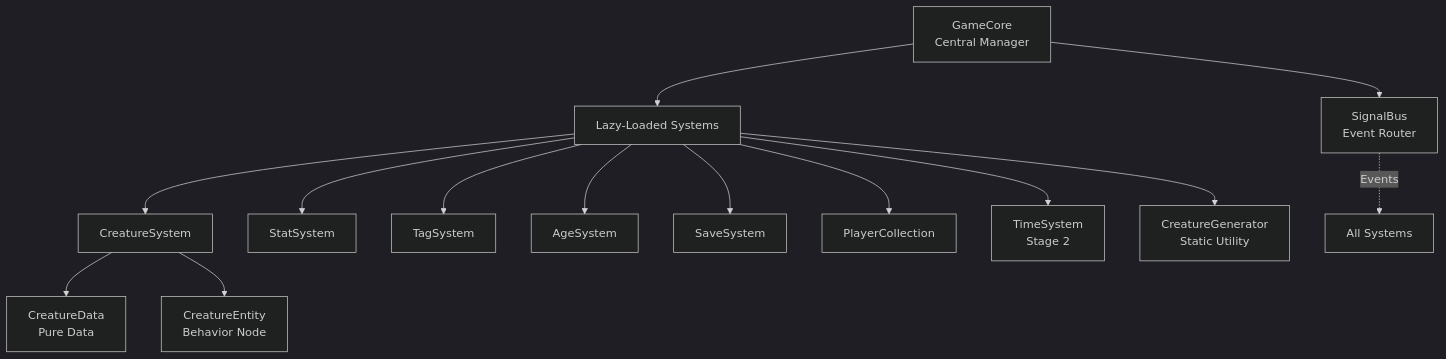
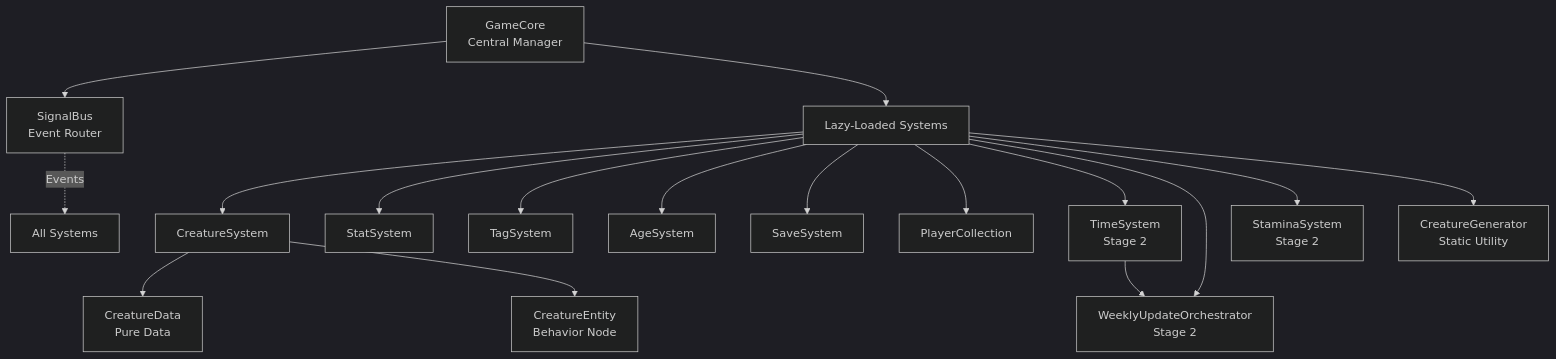
Before and after one commit to Mezzyface/ranch: the diagram in docs/development/SYSTEMS_INTEGRATION_GUIDE.md, drawn with Mermaid (dark theme). The commit also changed other lines of this file and 9 other files, not shown here.

First line of the commit message:
feat(weekly-update): implement WeeklyUpdateOrchestrator system

````diff
--- a/docs/development/SYSTEMS_INTEGRATION_GUIDE.md
+++ b/docs/development/SYSTEMS_INTEGRATION_GUIDE.md
@@ -13,19 +13,23 @@
 ```mermaid
 graph TD
     GameCore[GameCore<br/>Central Manager] --> SignalBus[SignalBus<br/>Event Router]
     GameCore --> Systems[Lazy-Loaded Systems]
 
     Systems --> CreatureSystem[CreatureSystem]
     Systems --> StatSystem[StatSystem]
     Systems --> TagSystem[TagSystem]
     Systems --> AgeSystem[AgeSystem]
     Systems --> SaveSystem[SaveSystem]
     Systems --> PlayerCollection[PlayerCollection]
     Systems --> TimeSystem[TimeSystem<br/>Stage 2]
+    Systems --> WeeklyOrchestrator[WeeklyUpdateOrchestrator<br/>Stage 2]
+    Systems --> StaminaSystem[StaminaSystem<br/>Stage 2]
     Systems --> Generator[CreatureGenerator<br/>Static Utility]
+
+    TimeSystem --> WeeklyOrchestrator
 
     CreatureSystem --> CreatureData[CreatureData<br/>Pure Data]
     CreatureSystem --> CreatureEntity[CreatureEntity<br/>Behavior Node]
 
     SignalBus -.->|Events| AllSystems[All Systems]
 ```
````
